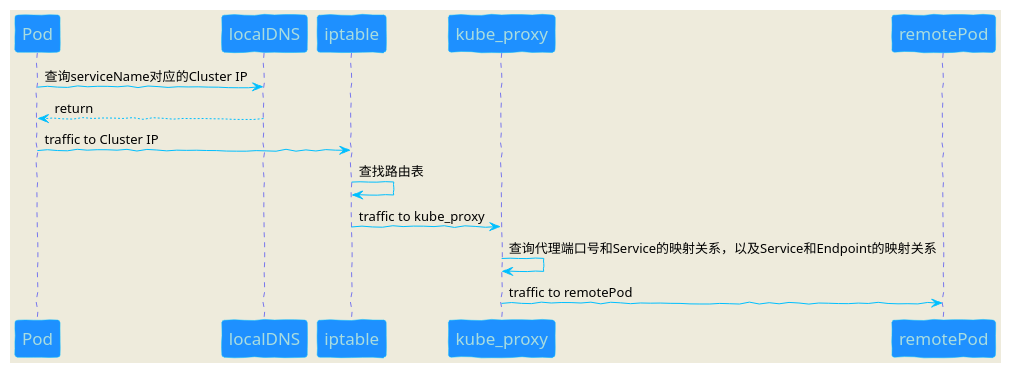
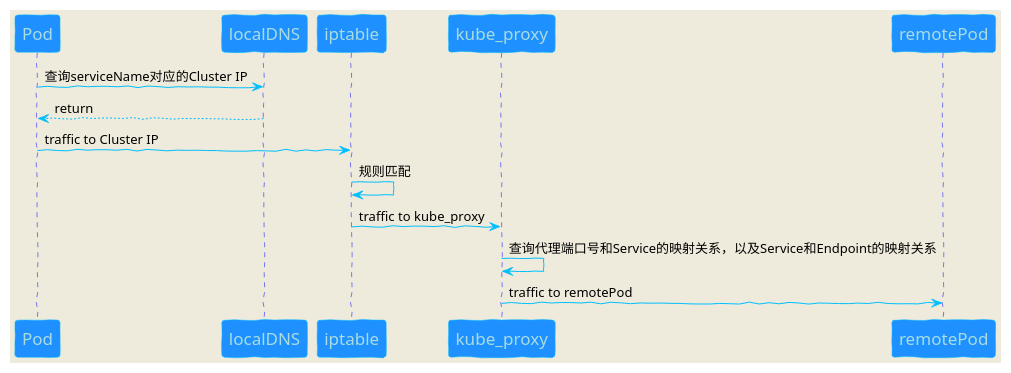
One commit to liuyehcf/BlogSource changed the first of 2 diagrams in _posts/Kubernetes-Concept.md. Above: the diagram before and after it, drawn with PlantUML. The commit also changed other lines of this file and 15 other files, not shown here.

````diff
--- a/_posts/Kubernetes-Concept.md
+++ b/_posts/Kubernetes-Concept.md
@@ -1347,35 +1347,35 @@
 ```plantuml
 skinparam backgroundColor #EEEBDC
 skinparam handwritten true
 
 skinparam sequence {
 	ArrowColor DeepSkyBlue
 	ActorBorderColor DeepSkyBlue
 	LifeLineBorderColor blue
 	LifeLineBackgroundColor #A9DCDF
 	
 	ParticipantBorderColor DeepSkyBlue
 	ParticipantBackgroundColor DodgerBlue
 	ParticipantFontName Impact
 	ParticipantFontSize 17
 	ParticipantFontColor #A9DCDF
 	
 	ActorBackgroundColor aqua
 	ActorFontColor DeepSkyBlue
 	ActorFontSize 17
 	ActorFontName Aapex
 }
 participant Pod
 participant localDNS
 participant iptable
 participant kube_proxy
 participant remotePod
 
 Pod->localDNS: 查询serviceName对应的Cluster IP
 localDNS-->Pod: return
 Pod->iptable: traffic to Cluster IP
-iptable->iptable: 查找路由表
+iptable->iptable: 规则匹配
 iptable->kube_proxy: traffic to kube_proxy
 kube_proxy->kube_proxy: 查询代理端口号和Service的映射关系，以及Service和Endpoint的映射关系
 kube_proxy->remotePod: traffic to remotePod
 ```
````
